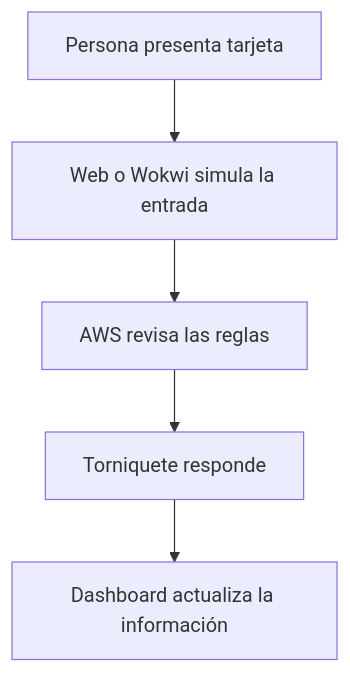
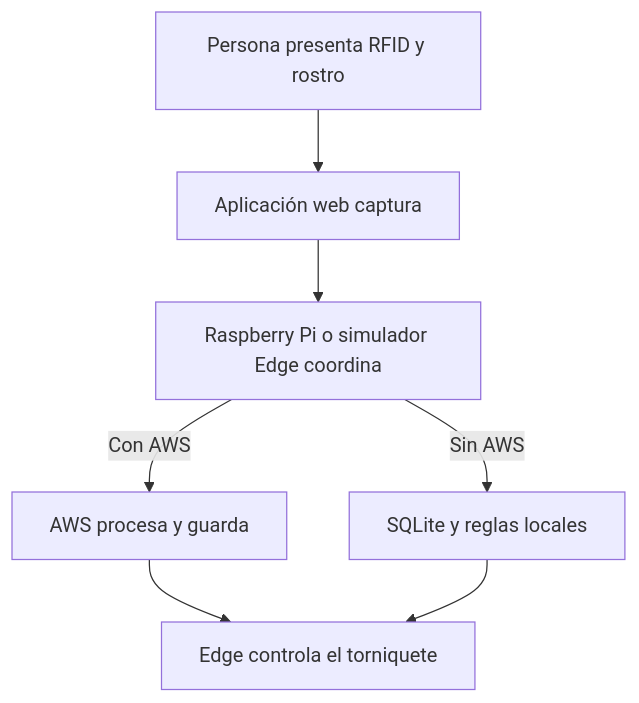
Before and after one commit to Aburahamu20/Project_You_shall_not_pass: the diagram in docs/guia-para-principiantes.md, drawn with Mermaid. The commit also changed other lines of this file and 24 other files, not shown here.

Commit message:
docs: definir arquitectura híbrida AWS y Raspberry Pi

````diff
--- a/docs/guia-para-principiantes.md
+++ b/docs/guia-para-principiantes.md
@@ -34,7 +26,9 @@
 ```mermaid
 flowchart TD
-    P["Persona presenta tarjeta"] --> S["Web o Wokwi simula la entrada"]
-    S --> A["AWS revisa las reglas"]
-    A --> R["Torniquete responde"]
-    R --> D["Dashboard actualiza la información"]
+    PERSONA["Persona presenta RFID y rostro"] --> WEB["Aplicación web captura"]
+    WEB --> EDGE["Raspberry Pi o simulador Edge coordina"]
+    EDGE -->|"Con AWS"| CLOUD["AWS procesa y guarda"]
+    EDGE -->|"Sin AWS"| LOCAL["SQLite y reglas locales"]
+    CLOUD --> TURN["Edge controla el torniquete"]
+    LOCAL --> TURN
 ```
````
